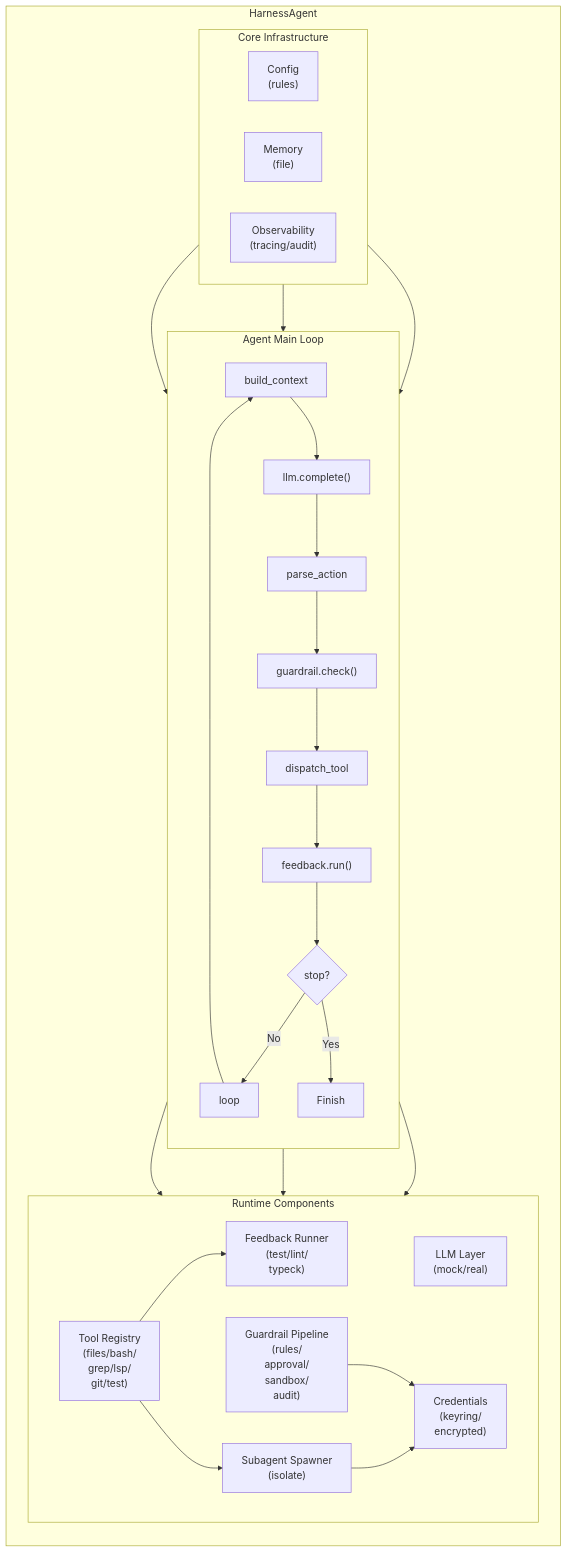
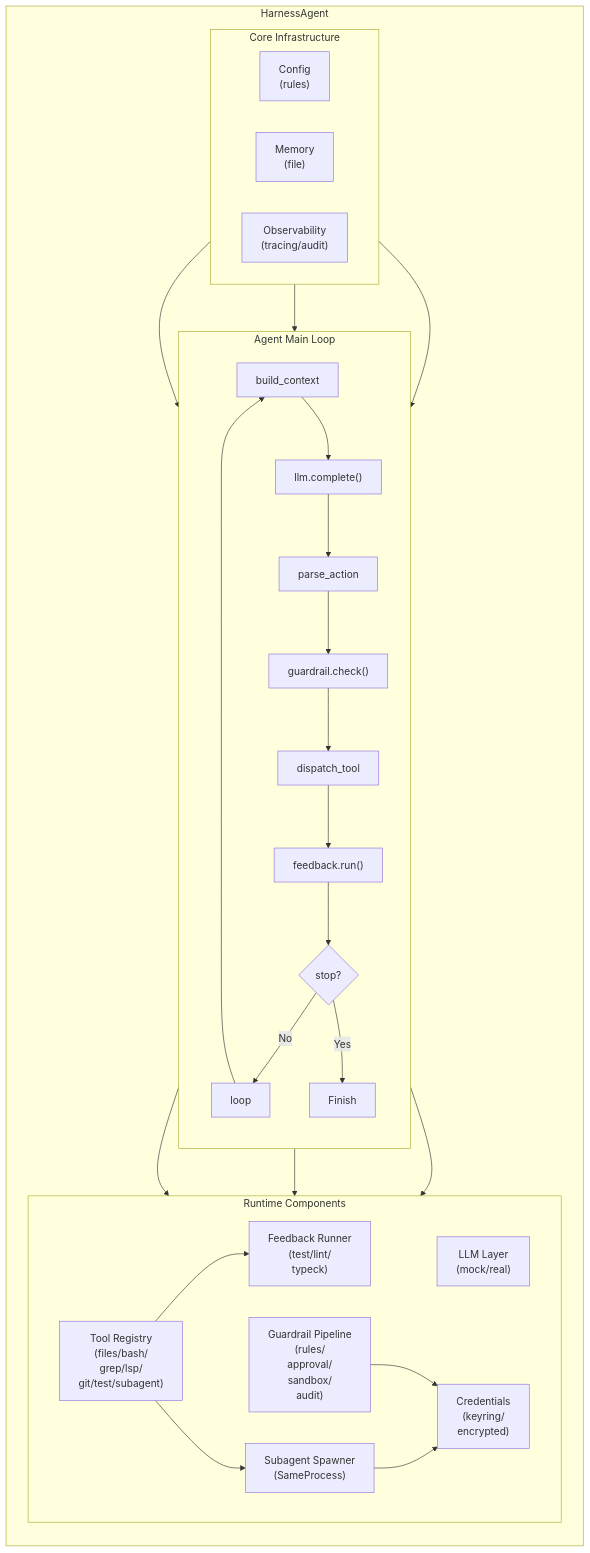
One commit to luwisp/AuV-harness-agent changed the diagram in docs/superpowers/SPEC.md. Above: the diagram before and after it, drawn with Mermaid. The commit also changed other lines of this file and 3 other files, not shown here.

````diff
--- a/docs/superpowers/SPEC.md
+++ b/docs/superpowers/SPEC.md
@@ -227,68 +233,68 @@
 ```mermaid
 flowchart TB
     subgraph HA[HarnessAgent]
         direction TB
 
         subgraph INFRA[Core Infrastructure]
             direction LR
             Config["Config<br/>(rules)"]
             Memory["Memory<br/>(file)"]
             Obs["Observability<br/>(tracing/audit)"]
         end
 
         subgraph LOOP[Agent Main Loop]
             direction TB
             Context["build_context"]
             LLMCall["llm.complete()"]
             Parse["parse_action"]
             GuardCheck["guardrail.check()"]
             Dispatch["dispatch_tool"]
             Feedback["feedback.run()"]
             Stop{"stop?"}
             LoopBack["loop"]
 
             Context --> LLMCall
             LLMCall --> Parse
             Parse --> GuardCheck
             GuardCheck --> Dispatch
             Dispatch --> Feedback
             Feedback --> Stop
             Stop -- "No" --> LoopBack
             LoopBack --> Context
             Stop -- "Yes" --> End["Finish"]
         end
 
 
         subgraph COMPONENTS[Runtime Components]
             direction LR
 
             LLM["LLM Layer<br/>(mock/real)"]
 
             Guardrail["Guardrail Pipeline<br/>(rules/<br/>approval/<br/>sandbox/<br/>audit)"]
 
-            Tools["Tool Registry<br/>(files/bash/<br/>grep/lsp/<br/>git/test)"]
+            Tools["Tool Registry<br/>(files/bash/<br/>grep/lsp/<br/>git/test/subagent)"]
 
             FeedbackRunner["Feedback Runner<br/>(test/lint/<br/>typeck)"]
 
-            Subagent["Subagent Spawner<br/>(isolate)"]
+            Subagent["Subagent Spawner<br/>(SameProcess)"]
 
             Credentials["Credentials<br/>(keyring/<br/>encrypted)"]
         end
 
 
         Config --> LOOP
         Memory --> LOOP
         Obs --> LOOP
 
         LOOP --> LLM
         LOOP --> Guardrail
         LOOP --> Tools
 
         Tools --> FeedbackRunner
         Tools --> Subagent
 
         Guardrail --> Credentials
         Subagent --> Credentials
 
     end
 ```
````
